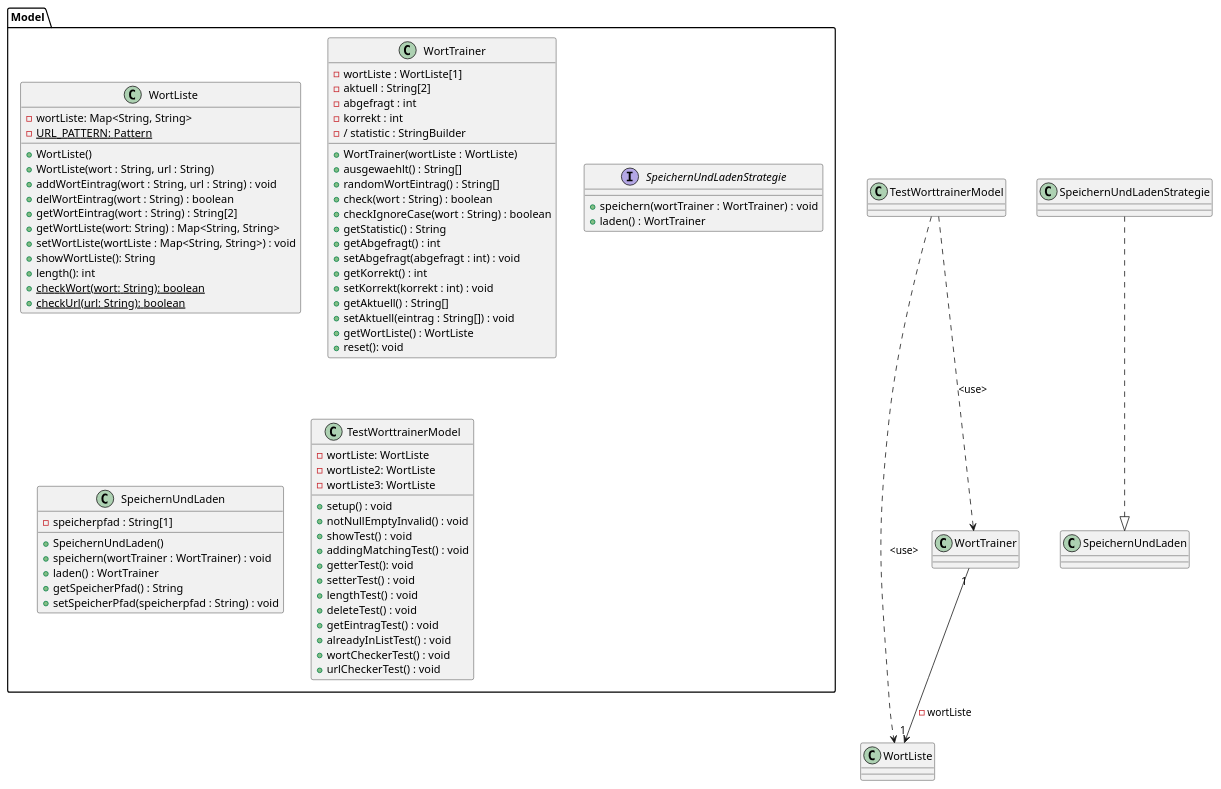
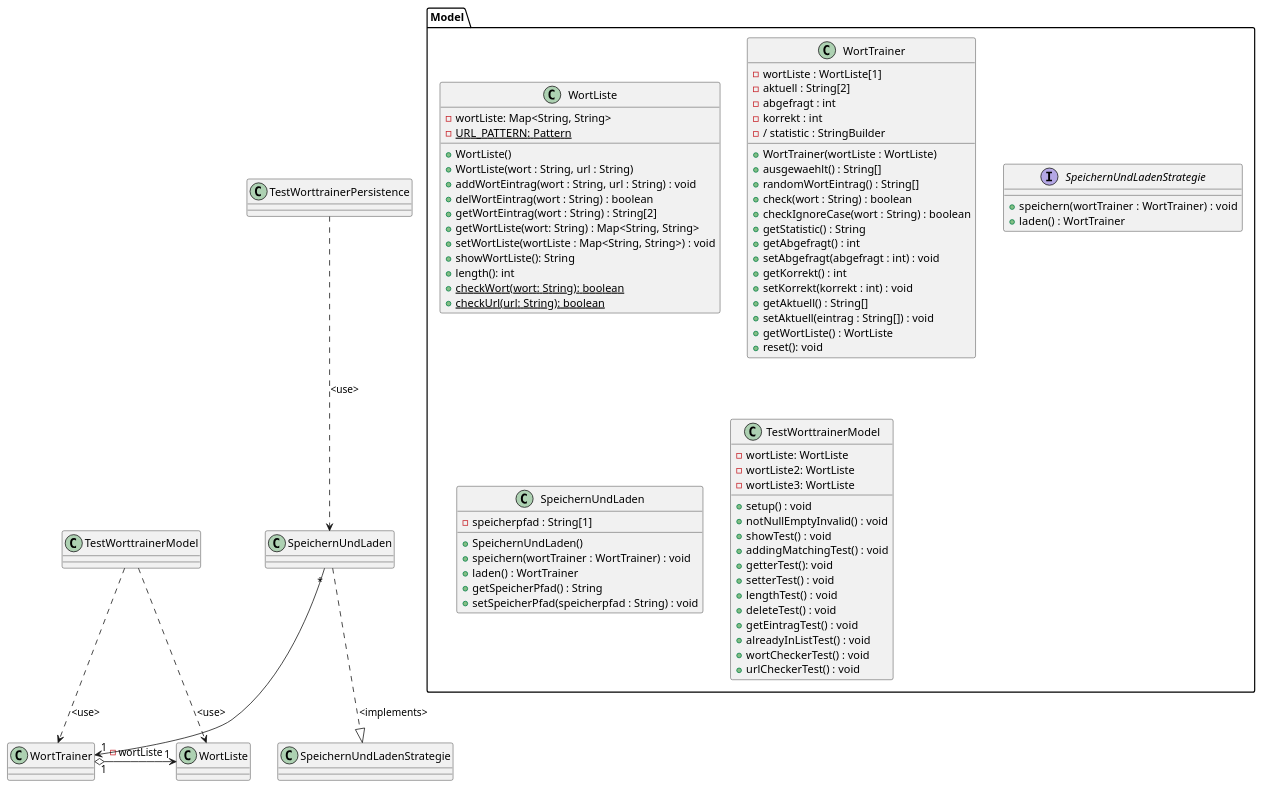
Before and after one commit to TGM-HIT/sew9-2425-worttrainer-Batscho: the diagram in src/main/resources/Worttrainer Reloaded.puml, drawn with PlantUML. The commit also changed 4 other files, not shown here.

Commit message:
[GK] Worttrainer Reloaded Commit 48: Nun ist das gesamte Model umgesetzt und getestet genauso wie das UML logisch erklärbar.

```diff
--- a/src/main/resources/Worttrainer Reloaded.puml
+++ b/src/main/resources/Worttrainer Reloaded.puml
@@ -1,80 +1,83 @@
 @startuml
 'https://plantuml.com/class-diagram
 
 TestWorttrainerModel ..> WortListe : <use>
 TestWorttrainerModel ..> WortTrainer : <use>
-WortTrainer "1" --> "1" WortListe : - wortListe
-SpeichernUndLadenStrategie ..|> SpeichernUndLaden
+TestWorttrainerPersistence ..> SpeichernUndLaden : <use>
+WortTrainer "1" o-> "1" WortListe : - wortListe
+SpeichernUndLaden "*" --> "1" WortTrainer
+SpeichernUndLaden ..|> SpeichernUndLadenStrategie : <implements>
+
 package Model {
 class WortListe {
 - wortListe: Map<String, String>
 - {static} URL_PATTERN: Pattern
 + WortListe()
 + WortListe(wort : String, url : String)
 + addWortEintrag(wort : String, url : String) : void
 + delWortEintrag(wort : String) : boolean
 + getWortEintrag(wort : String) : String[2]
 + getWortListe(wort: String) : Map<String, String>
 + setWortListe(wortListe : Map<String, String>) : void
 + showWortListe(): String
 + length(): int
 + {static} checkWort(wort: String): boolean
 + {static} checkUrl(url: String): boolean
 }
 
 class WortTrainer {
 - wortListe : WortListe[1]
 - aktuell : String[2]
 - abgefragt : int
 - korrekt : int
 - / statistic : StringBuilder
 + WortTrainer(wortListe : WortListe)
 + ausgewaehlt() : String[]
 + randomWortEintrag() : String[]
 + check(wort : String) : boolean
 + checkIgnoreCase(wort : String) : boolean
 + getStatistic() : String
 + getAbgefragt() : int
 + setAbgefragt(abgefragt : int) : void
 + getKorrekt() : int
 + setKorrekt(korrekt : int) : void
 + getAktuell() : String[]
 + setAktuell(eintrag : String[]) : void
 + getWortListe() : WortListe
 + reset(): void
 }
 
 interface SpeichernUndLadenStrategie {
 + speichern(wortTrainer : WortTrainer) : void
 + laden() : WortTrainer
 }
 
 class SpeichernUndLaden {
 - speicherpfad : String[1]
 + SpeichernUndLaden()
 + speichern(wortTrainer : WortTrainer) : void
 + laden() : WortTrainer
 + getSpeicherPfad() : String
 + setSpeicherPfad(speicherpfad : String) : void
 }
 
 
 class TestWorttrainerModel {
 - wortListe: WortListe
 - wortListe2: WortListe
 - wortListe3: WortListe
 + setup() : void
 + notNullEmptyInvalid() : void
 + showTest() : void
 + addingMatchingTest() : void
 + getterTest(): void
 + setterTest() : void
 + lengthTest() : void
 + deleteTest() : void
 + getEintragTest() : void
 + alreadyInListTest() : void
 + wortCheckerTest() : void
 + urlCheckerTest() : void
 }
 
 @enduml
```
